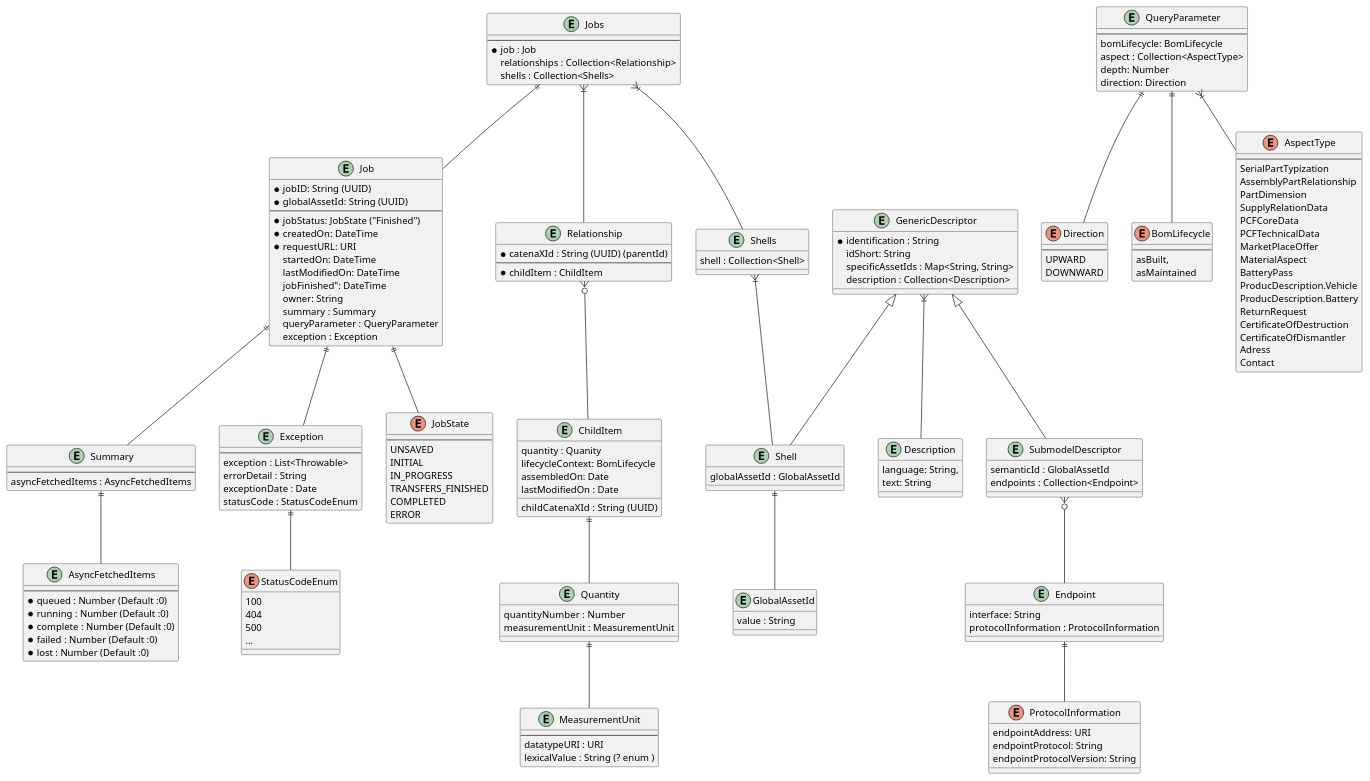
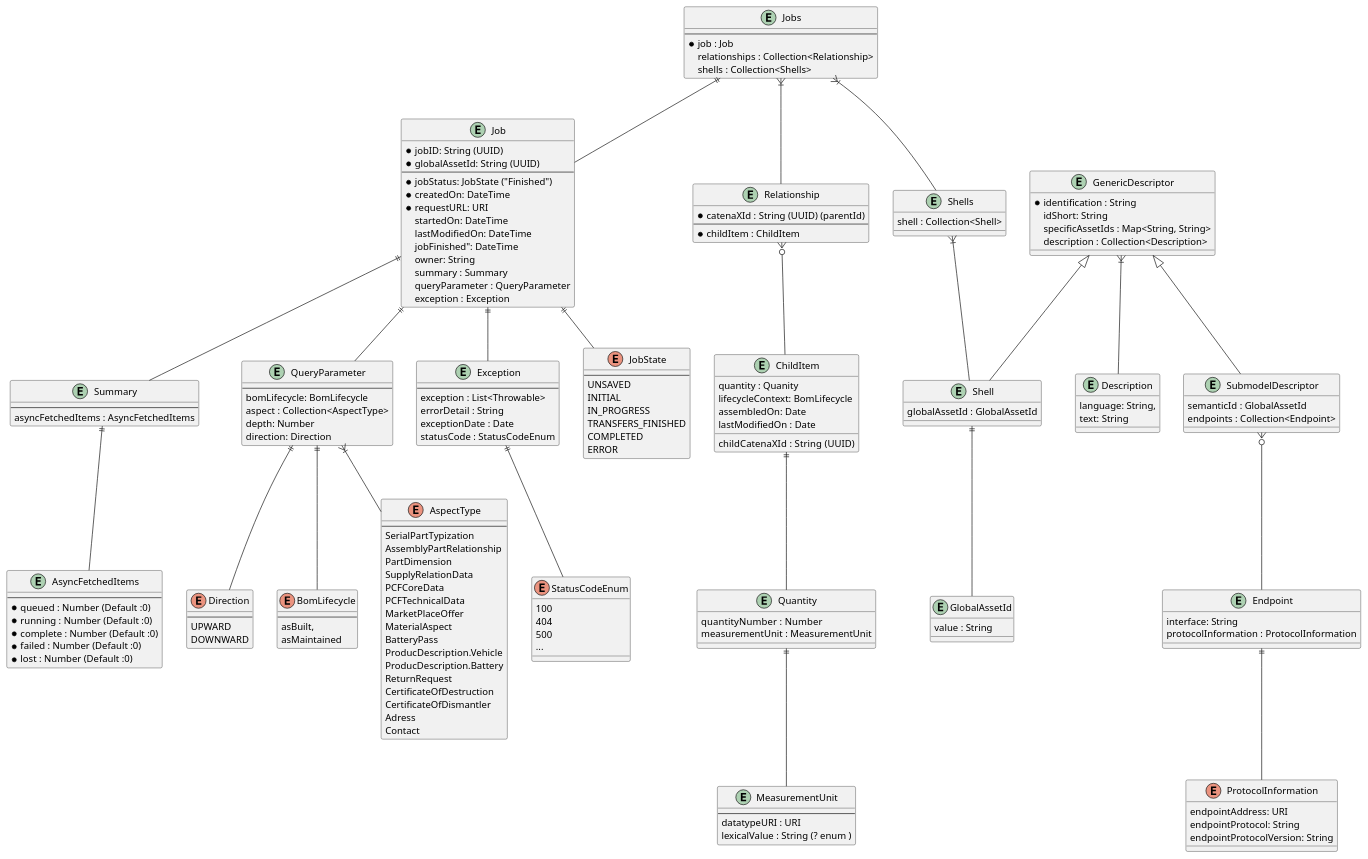
The diagram in uml-diagramms/partRelationshipsWithInfos-modelv0.2.puml (eclipse-tractusx/item-relationship-service), drawn with PlantUML before and after one commit.

Commit message:
fix(uml):[TRI-301] fix missing link between job an queryparameter

```diff
--- a/uml-diagramms/partRelationshipsWithInfos-modelv0.2.puml
+++ b/uml-diagramms/partRelationshipsWithInfos-modelv0.2.puml
@@ -1,194 +1,195 @@
 @startuml
 entity Jobs {
     ---
     * job : Job
     relationships : Collection<Relationship>
     shells : Collection<Shells>
 }
 
 entity Job {
      * jobID: String (UUID)
      * globalAssetId: String (UUID)
      ---
      * jobStatus: JobState ("Finished")
      * createdOn: DateTime
      * requestURL: URI
      startedOn: DateTime
      lastModifiedOn: DateTime
      jobFinished": DateTime
      owner: String
      summary : Summary
      queryParameter : QueryParameter
      exception : Exception
 }
 
 entity Summary {
     ---
     asyncFetchedItems : AsyncFetchedItems
 }
 
 entity AsyncFetchedItems {
     ---
     * queued : Number (Default :0)
     * running : Number (Default :0)
     * complete : Number (Default :0)
     * failed : Number (Default :0)
     * lost : Number (Default :0)
 }
 
 entity QueryParameter {
      ---
      bomLifecycle: BomLifecycle
      aspect : Collection<AspectType>
      depth: Number
      direction: Direction
 }
 
 QueryParameter ||--  Direction
 QueryParameter ||--  BomLifecycle
 QueryParameter }|--  AspectType
 Summary ||--  AsyncFetchedItems
+Job ||-- QueryParameter
 
 
 enum Direction {
     ---
     UPWARD
     DOWNWARD
 }
 
 enum BomLifecycle {
     ---
     asBuilt,
     asMaintained
 }
 
 enum AspectType {
     ---
     SerialPartTypization
 	AssemblyPartRelationship
 	PartDimension
 	SupplyRelationData
 	PCFCoreData
 	PCFTechnicalData
 	MarketPlaceOffer
 	MaterialAspect
 	BatteryPass
 	ProducDescription.Vehicle
 	ProducDescription.Battery
 	ReturnRequest
 	CertificateOfDestruction
 	CertificateOfDismantler
 	Adress
 	Contact
 }
 
 entity Exception {
     ---
     exception : List<Throwable>
     errorDetail : String
     exceptionDate : Date
     statusCode : StatusCodeEnum
 }
 
 enum  StatusCodeEnum {
     100
     404
     500
     ...
 }
 
 enum JobState {
     ---
     UNSAVED
     INITIAL
     IN_PROGRESS
     TRANSFERS_FINISHED
     COMPLETED
     ERROR
 }
 
 entity Relationship {
    * catenaXId : String (UUID) (parentId)
 --
   * childItem : ChildItem
  }
 
 entity ChildItem {
     quantity : Quanity
     lifecycleContext: BomLifecycle
     assembledOn: Date
     lastModifiedOn : Date
     childCatenaXId  : String (UUID)
 }
 
 entity Quantity {
     quantityNumber  : Number
     measurementUnit : MeasurementUnit
 }
 
 entity MeasurementUnit {
     --
     datatypeURI : URI
     lexicalValue : String (? enum )
 }
 
 Quantity  ||-- MeasurementUnit
 ChildItem ||-- Quantity
 
 entity Shells {
     shell : Collection<Shell>
 }
 
 entity Description {
      language: String,
      text: String
 }
 
 entity GenericDescriptor {
      * identification : String
      idShort: String
      specificAssetIds : Map<String, String>
      description : Collection<Description>
 }
 
 entity Shell {
     globalAssetId : GlobalAssetId
 }
 
 entity GlobalAssetId {
     value : String
 }
 
 entity SubmodelDescriptor {
     semanticId : GlobalAssetId
     endpoints : Collection<Endpoint>
 }
 
 entity Endpoint {
     interface: String
     protocolInformation : ProtocolInformation
 }
 
 enum ProtocolInformation {
      endpointAddress: URI
      endpointProtocol: String
      endpointProtocolVersion: String
 }
 
 Jobs ||-- Job
 Jobs }|-- Relationship
 Jobs }|-- Shells
 Job ||-- JobState
 Job ||-- Summary
 Job ||--  Exception
 Shells }|-- Shell
 GenericDescriptor }|-- Description
 Shell ||-- GlobalAssetId
 GenericDescriptor <|-- Shell
 GenericDescriptor <|-- SubmodelDescriptor
 Endpoint ||--  ProtocolInformation
 Relationship }o-- ChildItem
 SubmodelDescriptor }o-- Endpoint
 Exception ||-- StatusCodeEnum
 
 @enduml
```
